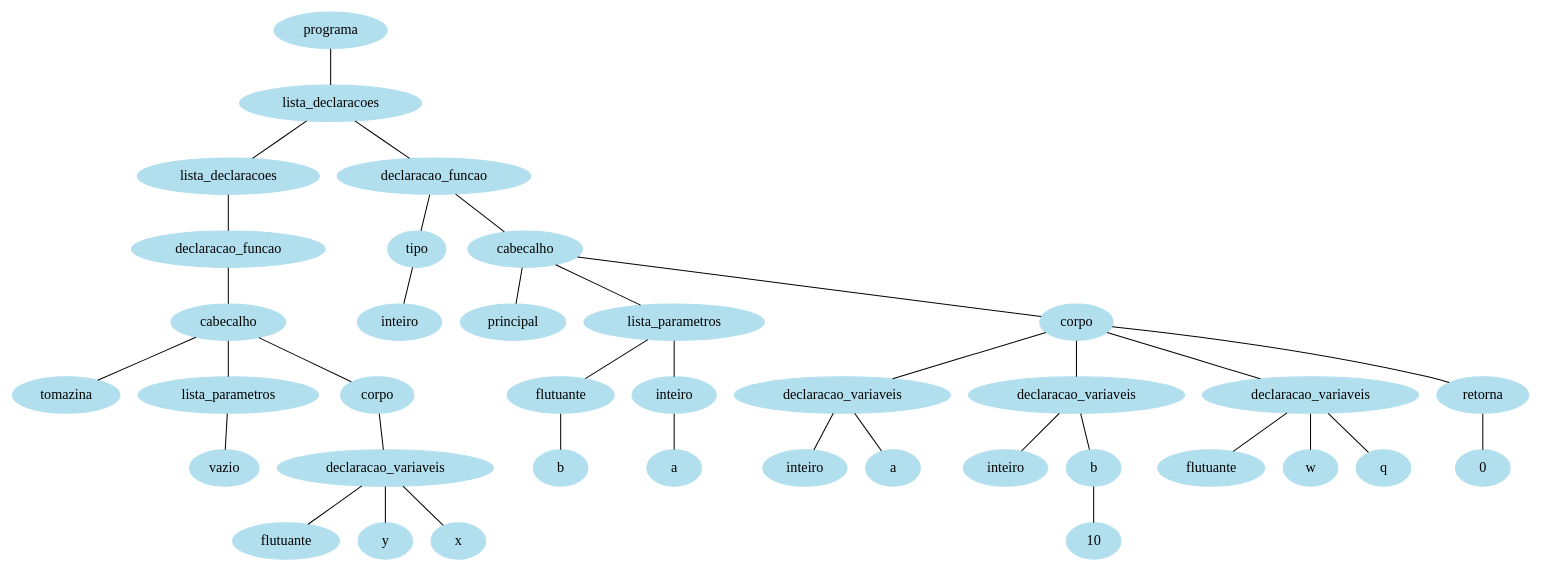
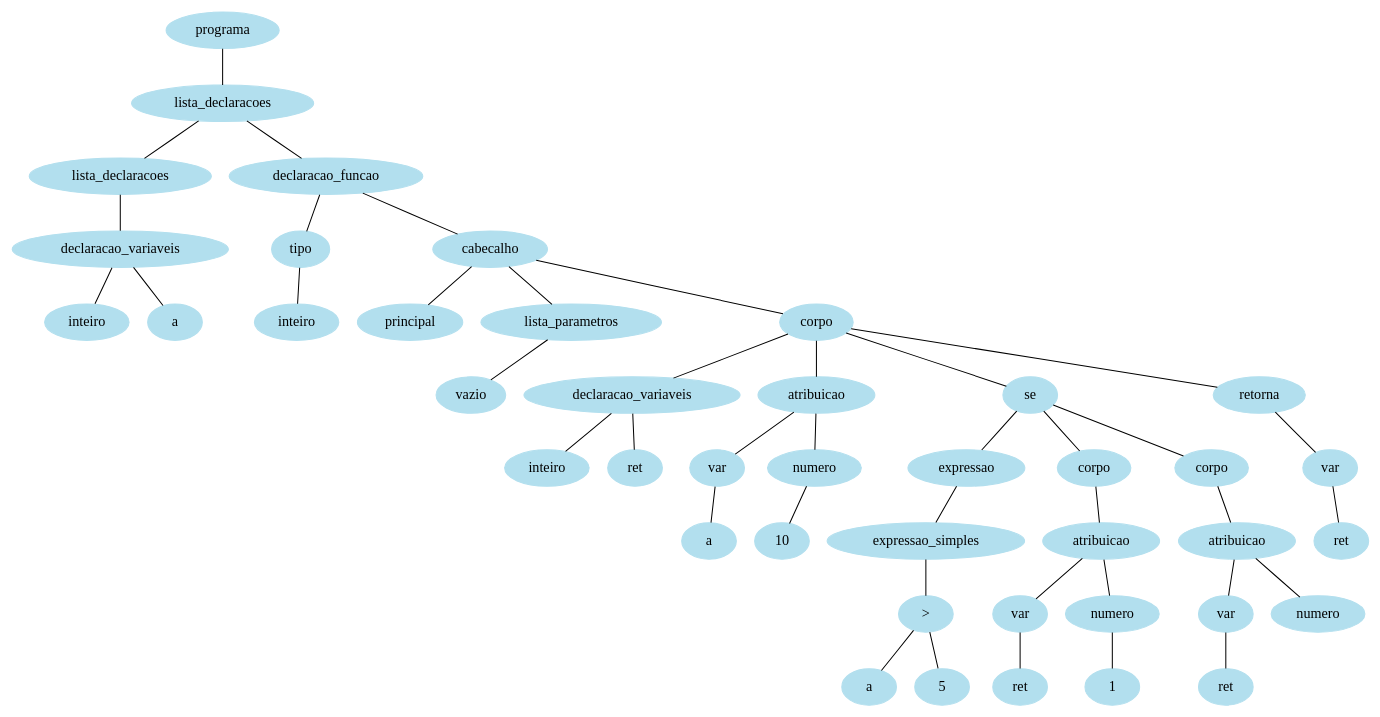
The diagram in Tree.gv (LuizASSilveira/Compilador), drawn with Graphviz before and after one commit. The commit also changed 11 other files, not shown here.

```diff
--- a/Tree.gv
+++ b/Tree.gv
@@ -1,109 +1,119 @@
 strict graph G {
 	node [color=lightblue2 style=filled]
-	63798544 [label=programa]
-	63798896 [label=lista_declaracoes]
-	63798544 -- 63798896
-	63798896 [label=lista_declaracoes]
-	63798032 [label=lista_declaracoes]
-	63798896 -- 63798032
-	63798032 [label=lista_declaracoes]
-	63315312 [label=declaracao_funcao]
-	63798032 -- 63315312
-	63315312 [label=declaracao_funcao]
-	63798192 [label=cabecalho]
-	63315312 -- 63798192
-	1890634483 [label=tomazina]
-	63798192 -- 1890634483
-	63798192 [label=cabecalho]
-	63798000 [label=lista_parametros]
-	63798192 -- 63798000
-	63798000 [label=lista_parametros]
-	63797968 [label=vazio]
-	63798000 -- 63797968
-	63797968 [label=vazio]
-	63798512 [label=corpo]
-	63798192 -- 63798512
-	63798512 [label=corpo]
-	63798288 [label=declaracao_variaveis]
-	63798512 -- 63798288
-	63798288 [label=declaracao_variaveis]
-	63873648 [label=flutuante]
-	63798288 -- 63873648
-	63873648 [label=flutuante]
-	63798096 [label=y]
-	63798288 -- 63798096
-	63798096 [label=y]
-	63798384 [label=x]
-	63798288 -- 63798384
-	63798384 [label=x]
-	63797936 [label=declaracao_funcao]
-	63798896 -- 63797936
-	63797936 [label=declaracao_funcao]
-	63315280 [label=tipo]
-	63797936 -- 63315280
-	1910122482 [label=inteiro]
-	63315280 -- 1910122482
-	63315280 [label=tipo]
-	63873520 [label=cabecalho]
-	63797936 -- 63873520
-	1911329522 [label=principal]
-	63873520 -- 1911329522
-	63873520 [label=cabecalho]
-	63798704 [label=lista_parametros]
-	63873520 -- 63798704
-	63798704 [label=lista_parametros]
-	63798736 [label=flutuante]
-	63798704 -- 63798736
-	63798736 [label=flutuante]
-	63798768 [label=b]
-	63798736 -- 63798768
-	63798768 [label=b]
-	63798640 [label=inteiro]
-	63798704 -- 63798640
-	63798640 [label=inteiro]
-	63798608 [label=a]
-	63798640 -- 63798608
-	63798608 [label=a]
-	63874096 [label=corpo]
-	63873520 -- 63874096
-	63874096 [label=corpo]
-	63799056 [label=declaracao_variaveis]
-	63874096 -- 63799056
-	63799056 [label=declaracao_variaveis]
-	63799216 [label=inteiro]
-	63799056 -- 63799216
-	63799216 [label=inteiro]
-	63798864 [label=a]
-	63799056 -- 63798864
-	63798864 [label=a]
-	63873456 [label=declaracao_variaveis]
-	63874096 -- 63873456
-	63873456 [label=declaracao_variaveis]
-	63798480 [label=inteiro]
-	63873456 -- 63798480
-	63798480 [label=inteiro]
-	63798800 [label=b]
-	63873456 -- 63798800
-	63798800 [label=b]
-	63798960 [label=10]
-	63798800 -- 63798960
-	63798960 [label=10]
-	63873616 [label=declaracao_variaveis]
-	63874096 -- 63873616
-	63873616 [label=declaracao_variaveis]
-	63799248 [label=flutuante]
-	63873616 -- 63799248
-	63799248 [label=flutuante]
-	63799024 [label=w]
-	63873616 -- 63799024
-	63799024 [label=w]
-	63799152 [label=q]
-	63873616 -- 63799152
-	63799152 [label=q]
-	63874032 [label=retorna]
-	63874096 -- 63874032
-	63874032 [label=retorna]
-	63798448 [label=0]
-	63874032 -- 63798448
-	63798448 [label=0]
+	53446096 [label=programa]
+	53947664 [label=lista_declaracoes]
+	53446096 -- 53947664
+	53947664 [label=lista_declaracoes]
+	53902864 [label=lista_declaracoes]
+	53947664 -- 53902864
+	53902864 [label=lista_declaracoes]
+	53477520 [label=declaracao_variaveis]
+	53902864 -- 53477520
+	53477520 [label=declaracao_variaveis]
+	53945840 [label=inteiro]
+	53477520 -- 53945840
+	53945840 [label=inteiro]
+	53446128 [label=a]
+	53477520 -- 53446128
+	53446128 [label=a]
+	53946480 [label=declaracao_funcao]
+	53947664 -- 53946480
+	53946480 [label=declaracao_funcao]
+	53944528 [label=tipo]
+	53946480 -- 53944528
+	1618442162 [label=inteiro]
+	53944528 -- 1618442162
+	53944528 [label=tipo]
+	53945328 [label=cabecalho]
+	53946480 -- 53945328
+	1592096002 [label=principal]
+	53945328 -- 1592096002
+	53945328 [label=cabecalho]
+	53944464 [label=lista_parametros]
+	53945328 -- 53944464
+	53944464 [label=lista_parametros]
+	53944752 [label=vazio]
+	53944464 -- 53944752
+	53944752 [label=vazio]
+	53947568 [label=corpo]
+	53945328 -- 53947568
+	53947568 [label=corpo]
+	53944976 [label=declaracao_variaveis]
+	53947568 -- 53944976
+	53944976 [label=declaracao_variaveis]
+	53944912 [label=inteiro]
+	53944976 -- 53944912
+	53944912 [label=inteiro]
+	53944816 [label=ret]
+	53944976 -- 53944816
+	53944816 [label=ret]
+	53945520 [label=atribuicao]
+	53947568 -- 53945520
+	53945520 [label=atribuicao]
+	53944944 [label=var]
+	53945520 -- 53944944
+	1556672645 [label=a]
+	53944944 -- 1556672645
+	53944944 [label=var]
+	53945104 [label=numero]
+	53945520 -- 53945104
+	17190936485 [label=10]
+	53945104 -- 17190936485
+	53945104 [label=numero]
+	53946832 [label=se]
+	53947568 -- 53946832
+	53946832 [label=se]
+	53946096 [label=expressao]
+	53946832 -- 53946096
+	53946096 [label=expressao]
+	53946032 [label=expressao_simples]
+	53946096 -- 53946032
+	53946032 [label=expressao_simples]
+	53945456 [label=">"]
+	53946032 -- 53945456
+	53945456 [label=">"]
+	53946000 [label=a]
+	53945456 -- 53946000
+	53946000 [label=a]
+	53945904 [label=5]
+	53945456 -- 53945904
+	53945904 [label=5]
+	53946736 [label=corpo]
+	53946832 -- 53946736
+	53946736 [label=corpo]
+	53946640 [label=atribuicao]
+	53946736 -- 53946640
+	53946640 [label=atribuicao]
+	53946064 [label=var]
+	53946640 -- 53946064
+	1618889927 [label=ret]
+	53946064 -- 1618889927
+	53946064 [label=var]
+	53946192 [label=numero]
+	53946640 -- 53946192
+	17190945927 [label=1]
+	53946192 -- 17190945927
+	53946192 [label=numero]
+	53947344 [label=corpo]
+	53946832 -- 53947344
+	53947344 [label=corpo]
+	53947248 [label=atribuicao]
+	53947344 -- 53947248
+	53947248 [label=atribuicao]
+	53946672 [label=var]
+	53947248 -- 53946672
+	1618900887 [label=ret]
+	53946672 -- 1618900887
+	53946672 [label=var]
+	53946800 [label=numero]
+	53947248 -- 53946800
+	53946800 [label=numero]
+	53947504 [label=retorna]
+	53947568 -- 53947504
+	53947504 [label=retorna]
+	53945232 [label=var]
+	53947504 -- 53945232
+	1618885125 [label=ret]
+	53945232 -- 1618885125
+	53945232 [label=var]
 }
```
